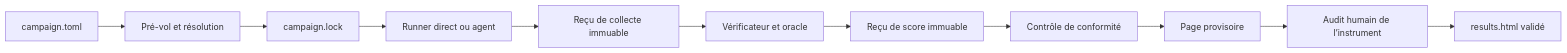
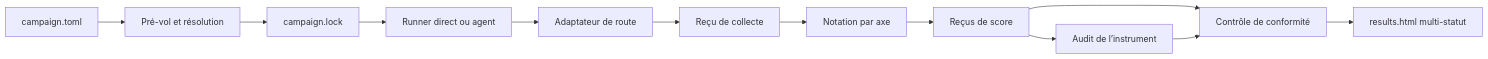
Before and after one commit to ayoahha/benchmark-lab-x: the diagram in docs/ARD.md, drawn with Mermaid. The commit also changed other lines of this file and 31 other files, not shown here.

````diff
--- a/docs/ARD.md
+++ b/docs/ARD.md
@@ -128,13 +146,14 @@
 ```mermaid
 flowchart LR
     A["campaign.toml"] --> B["Pré-vol et résolution"]
     B --> C["campaign.lock"]
     C --> D["Runner direct ou agent"]
-    D --> E["Reçu de collecte immuable"]
-    E --> F["Vérificateur et oracle"]
-    F --> G["Reçu de score immuable"]
-    G --> H["Contrôle de conformité"]
-    H --> I["Page provisoire"]
-    I --> J["Audit humain de l’instrument"]
-    J --> K["results.html validé"]
+    D --> E["Adaptateur de route"]
+    E --> F["Reçu de collecte"]
+    F --> G["Notation par axe"]
+    G --> H["Reçus de score"]
+    H --> I["Contrôle de conformité"]
+    I --> J["results.html multi-statut"]
+    H --> K["Audit de l’instrument"]
+    K --> I
 ```
````
